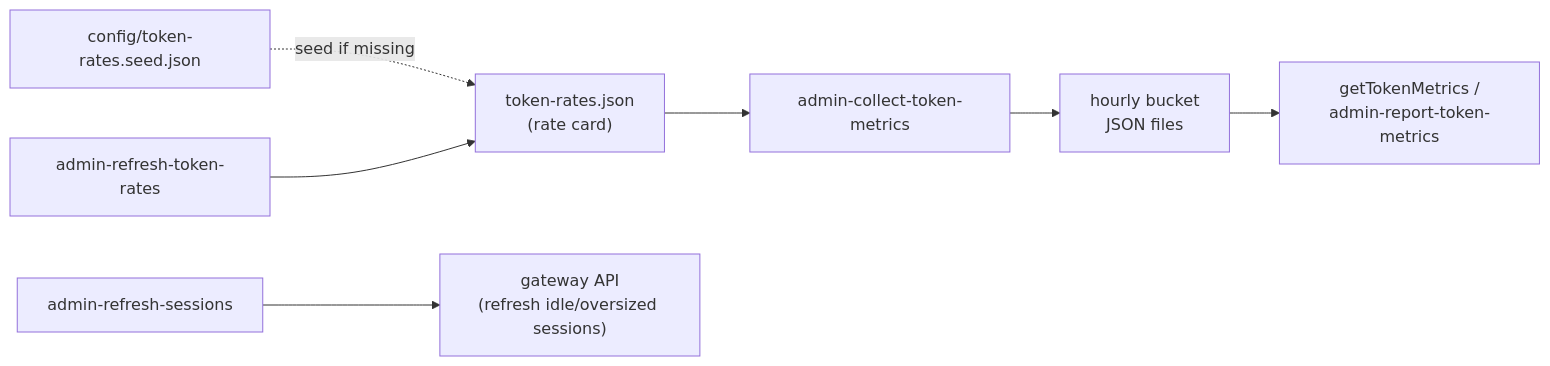
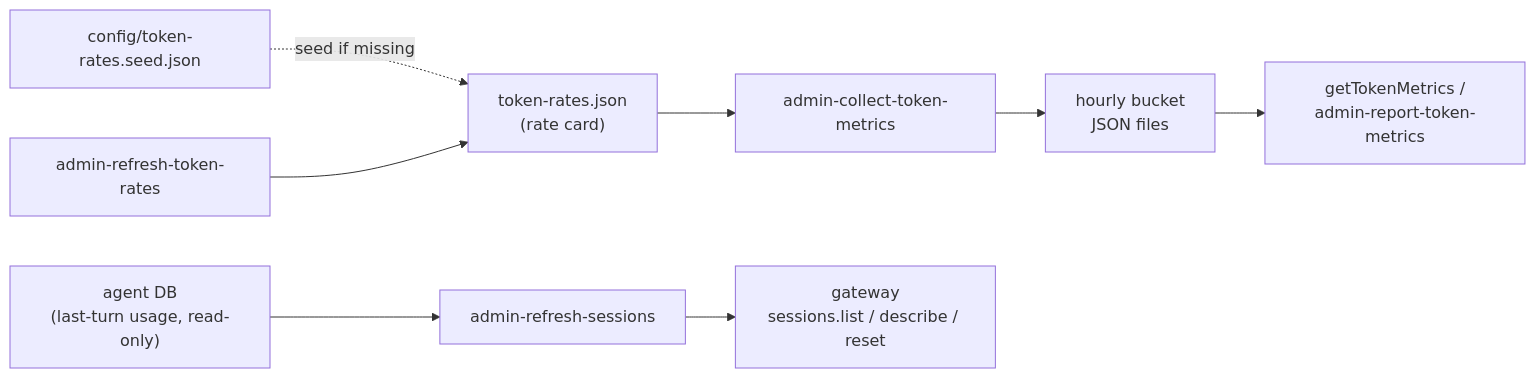
The diagram in packages/core/guides/admin.md (karmaniverous/jeeves-scripts-core), drawn with Mermaid before and after one commit. The commit also changed other lines of this file and 5 other files, not shown here.

Commit message:
docs(admin): session refresh on the gateway and the agent DB (#73)

````diff
--- a/packages/core/guides/admin.md
+++ b/packages/core/guides/admin.md
@@ -25,10 +25,11 @@
 ```mermaid
 flowchart LR
   collect["admin-collect-token-metrics"] --> buckets["hourly bucket\nJSON files"]
   buckets --> metrics["getTokenMetrics /\nadmin-report-token-metrics"]
   seed["config/token-rates.seed.json"] -. "seed if missing" .-> card["token-rates.json\n(rate card)"]
   rates["admin-refresh-token-rates"] --> card
   card --> collect
 
-  refresh["admin-refresh-sessions"] --> gateway["gateway API\n(refresh idle/oversized sessions)"]
+  agentdb["agent DB\n(last-turn usage, read-only)"] --> refresh["admin-refresh-sessions"]
+  refresh --> gateway["gateway\nsessions.list / describe / reset"]
 ```
````
